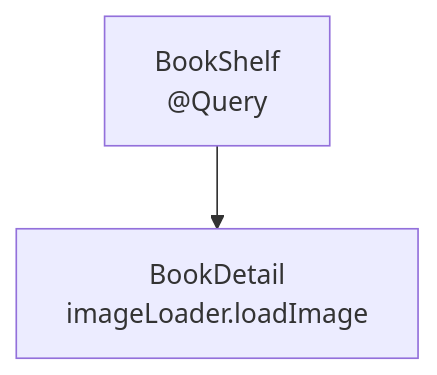
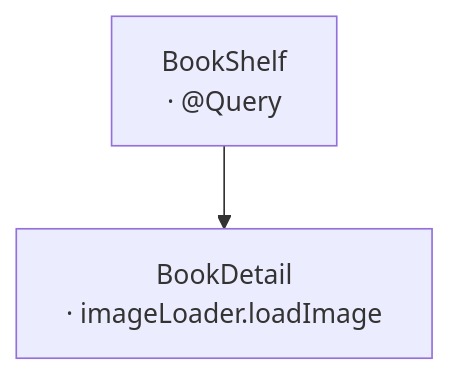
Before and after one commit to sisoje/hypermodular: the fourth of 6 diagrams in hypermodular/SKILL.md, drawn with Mermaid. The commit also changed other lines of this file and 2 other files, not shown here.

````diff
--- a/hypermodular/SKILL.md
+++ b/hypermodular/SKILL.md
@@ -139,5 +142,5 @@
 ```mermaid
 %% Root: BookShelf · Parent: Tabs (../MAP.md)
 flowchart TD
-    BookShelf["BookShelf<br/>@Query"] --> BookDetail["BookDetail<br/>imageLoader.loadImage"]
+    BookShelf["BookShelf<br/>· @Query"] --> BookDetail["BookDetail<br/>· imageLoader.loadImage"]
 ```
````
